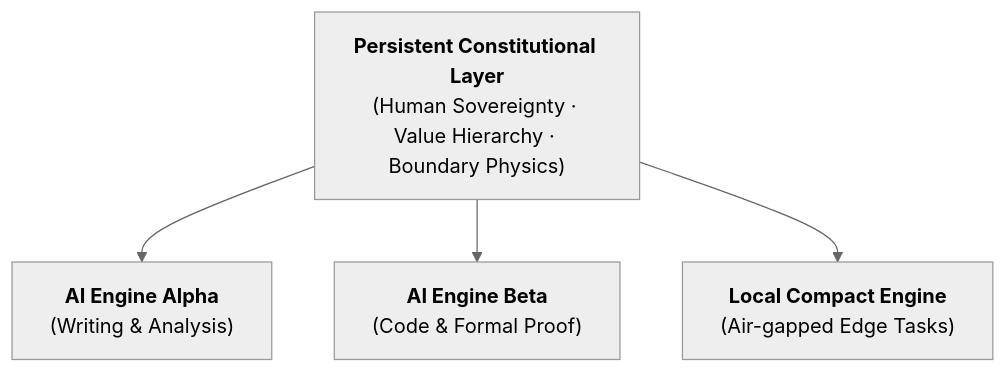
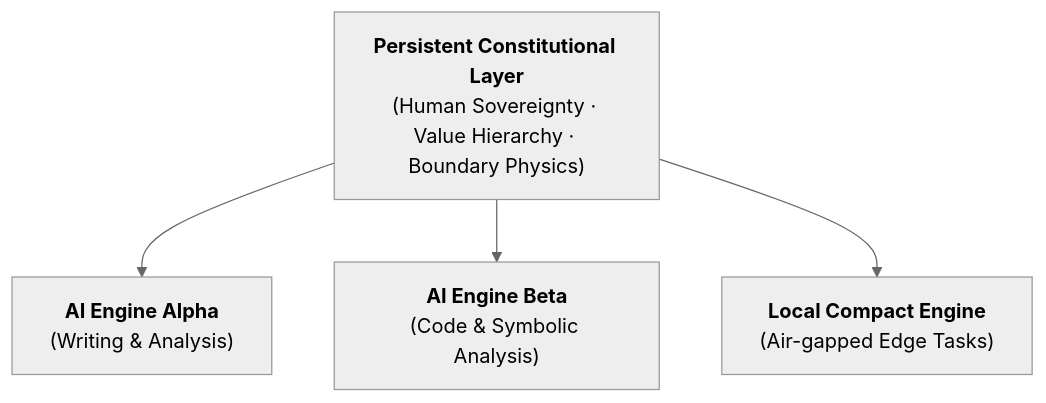
One commit to kocean-dev/judgment-computing changed the third of 3 diagrams in ARCHITECTURE.md. Above: the diagram before and after it, drawn with Mermaid (neutral theme). The commit also changed other lines of this file and 5 other files, not shown here.

Commit message:
docs: align architecture/glossary invariants with book baseline and refine §5 boundaries

````diff
--- a/ARCHITECTURE.md
+++ b/ARCHITECTURE.md
@@ -100,11 +102,11 @@
 ```mermaid
 flowchart TD
     Const["<b>Persistent Constitutional Layer</b><br>(Human Sovereignty · Value Hierarchy · Boundary Physics)"]
     Eng1["<b>AI Engine Alpha</b><br>(Writing & Analysis)"]
-    Eng2["<b>AI Engine Beta</b><br>(Code & Formal Proof)"]
+    Eng2["<b>AI Engine Beta</b><br>(Code & Symbolic Analysis)"]
     Eng3["<b>Local Compact Engine</b><br>(Air-gapped Edge Tasks)"]
 
     Const --> Eng1
     Const --> Eng2
     Const --> Eng3
 ```
````
